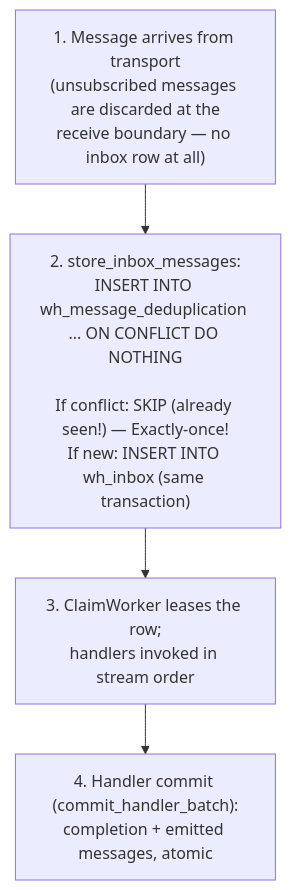
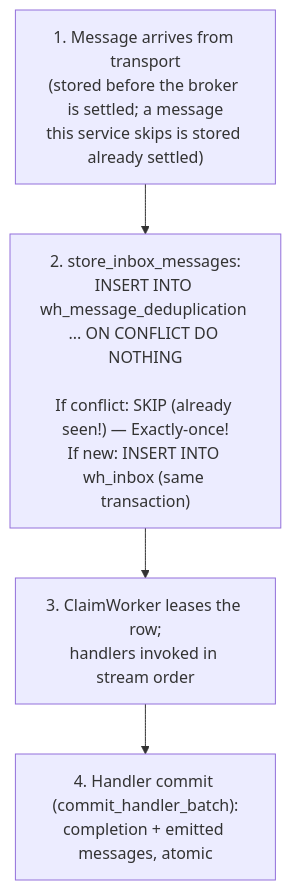
Before and after one commit to whizbang-lib/whizbang-lib.github.io: the first of 3 diagrams in src/assets/docs/v1.0.0/messaging/inbox-pattern.md, drawn with Mermaid. The commit also changed other lines of this file and 17 other files, not shown here.

First line of the commit message:
docs: recovered dead letters re-enter through their stores; received messages are stored before settling

````diff
--- a/src/assets/docs/v1.0.0/messaging/inbox-pattern.md
+++ b/src/assets/docs/v1.0.0/messaging/inbox-pattern.md
@@ -68,15 +68,15 @@
 ```mermaid{caption="Inbox pipeline — transport arrival, dedup-gated store, lease + stream-FIFO claim, then atomic handler commit." tests=["StoreInboxMessagesSqlTests.DuplicateMessageId_SecondCallNoOpsViaDedupTableAsync"]}
 flowchart TD
-    S1["1. Message arrives from transport<br/>(unsubscribed messages are discarded at the<br/>receive boundary — no inbox row at all)"]
+    S1["1. Message arrives from transport<br/>(stored before the broker is settled; a message<br/>this service skips is stored already settled)"]
     S2["2. store_inbox_messages:<br/>INSERT INTO wh_message_deduplication ... ON CONFLICT DO NOTHING<br/><br/>If conflict: SKIP (already seen!) — Exactly-once!<br/>If new: INSERT INTO wh_inbox (same transaction)"]
     S3["3. ClaimWorker leases the row;<br/>handlers invoked in stream order"]
     S4["4. Handler commit (commit_handler_batch):<br/>completion + emitted messages, atomic"]
 
     S1 --> S2
     S2 --> S3
     S3 --> S4
 
     class S1,S2 layer-command
     class S3 layer-core
     class S4 layer-event
 ```
````
